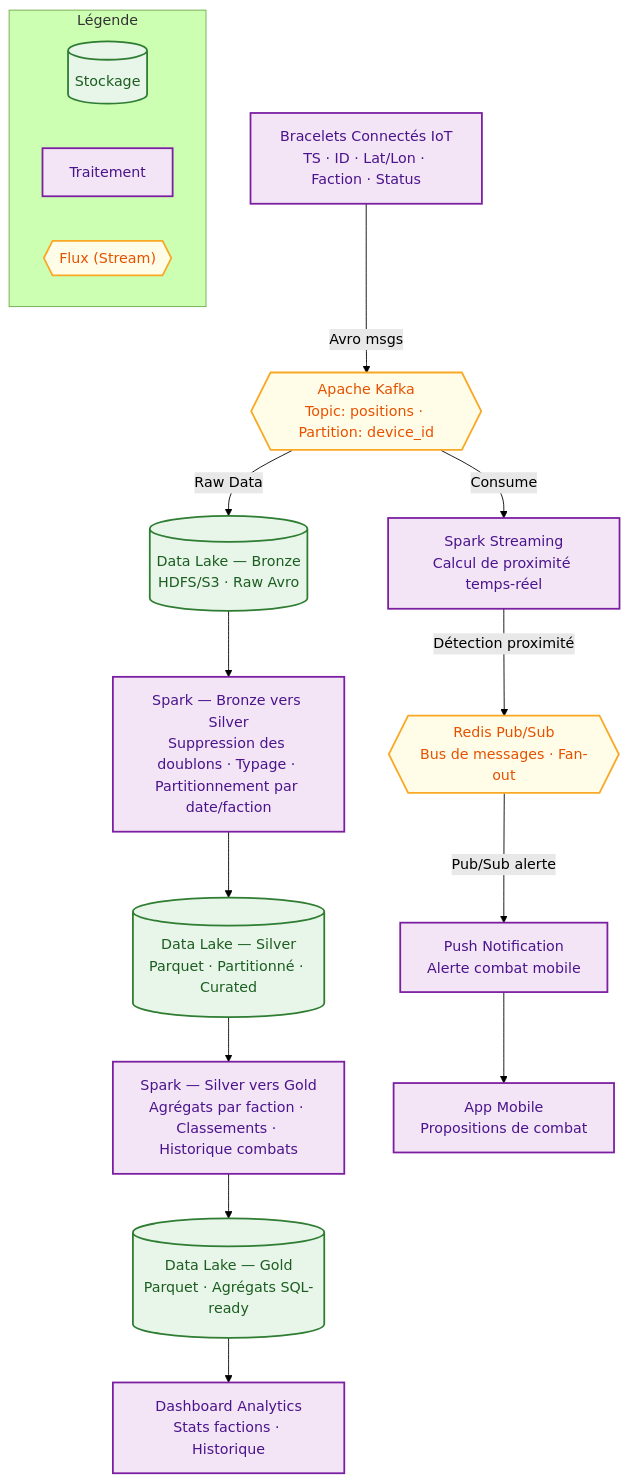
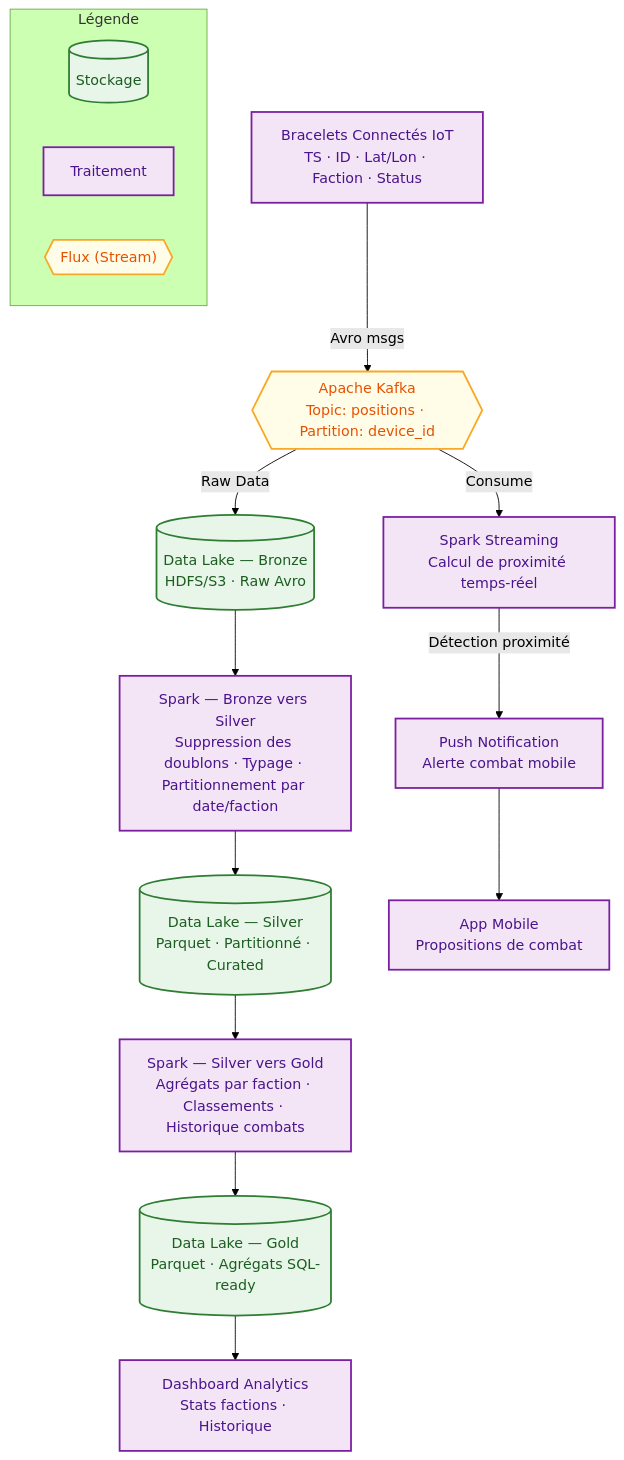
Before and after one commit to ZeldaTwo/IDEProject: the diagram in README.md, drawn with Mermaid (forest theme). The commit also changed other lines of this file, not shown here.

Commit message:
fix: deleted Redis, found useless because spark is already doing the job.

````diff
--- a/README.md
+++ b/README.md
@@ -55,37 +56,35 @@
 ```mermaid
 flowchart TD
     subgraph Legende [Légende]
         S[(Stockage)]:::storage
         P[Traitement]:::process
         ST{{"Flux (Stream)"}}:::stream
     end
 
     IoT["Bracelets Connectés IoT\nTS · ID · Lat/Lon · Faction · Status"]:::process
     Kafka{{"Apache Kafka\nTopic: positions · Partition: device_id"}}:::stream
     SS["Spark Streaming\nCalcul de proximité temps-réel"]:::process
     ETL1["Spark — Bronze vers Silver\nSuppression des doublons · Typage · Partitionnement par date/faction"]:::process
     ETL2["Spark — Silver vers Gold\nAgrégats par faction · Classements · Historique combats"]:::process
     Bronze[("Data Lake — Bronze\nHDFS/S3 · Raw Avro")]:::storage
     Silver[("Data Lake — Silver\nParquet · Partitionné · Curated")]:::storage
     Gold[("Data Lake — Gold\nParquet · Agrégats SQL-ready")]:::storage
-    Redis{{"Redis Pub/Sub\nBus de messages · Fan-out"}}:::stream
     Push["Push Notification\nAlerte combat mobile"]:::process
     Mobile["App Mobile\nPropositions de combat"]:::process
     Dashboard["Dashboard Analytics\nStats factions · Historique"]:::process
 
     IoT -->|Avro msgs| Kafka
     Kafka -->|Consume| SS
     Kafka -->|Raw Data| Bronze
-    SS -->|Détection proximité| Redis
-    Redis -->|Pub/Sub alerte| Push
+    SS -->|Détection proximité| Push
     Push --> Mobile
     Bronze --> ETL1
     ETL1 --> Silver
     Silver --> ETL2
     ETL2 --> Gold
     Gold --> Dashboard
 
     classDef storage fill:#e8f5e9,stroke:#2e7d32,stroke-width:2px,color:#1b5e20
     classDef process fill:#f3e5f5,stroke:#7b1fa2,stroke-width:2px,color:#4a148c
     classDef stream fill:#fffde7,stroke:#f9a825,stroke-width:2px,color:#e65100
 ```
````
